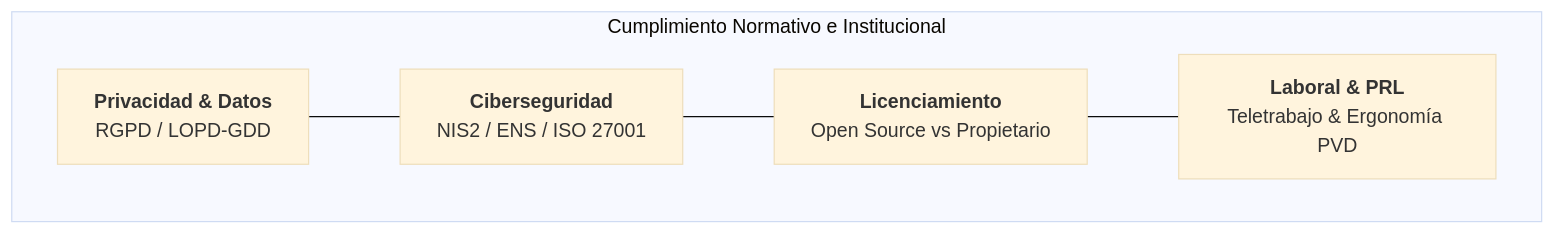
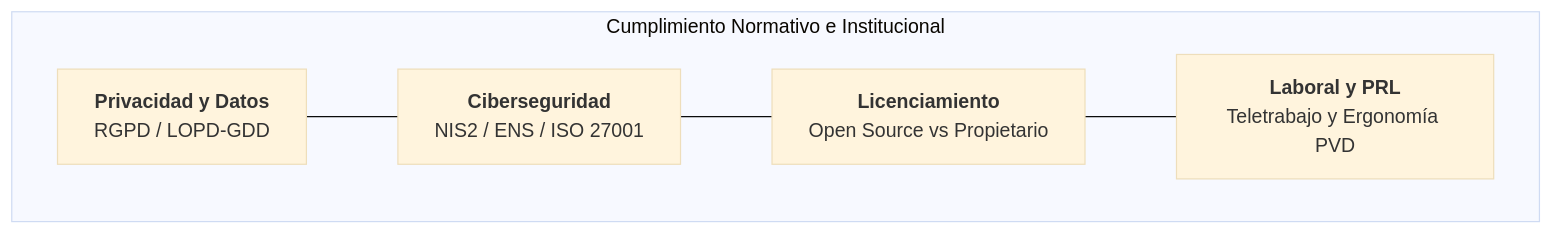
The ninth of 13 diagrams in RA1.md (fencgut961/PI_26_27), drawn with Mermaid (base theme) before and after one commit. The commit also changed other lines of this file, not shown here.

````diff
--- a/RA1.md
+++ b/RA1.md
@@ -310,9 +311,9 @@
 ```mermaid
 flowchart LR
-    subgraph Marco_Legal [Cumplimiento Normativo e Institucional]
+    subgraph Marco_Legal ["Cumplimiento Normativo e Institucional"]
         direction LR
-        PRIV[<b>Privacidad & Datos</b><br/>RGPD / LOPD-GDD] --- SEC[<b>Ciberseguridad</b><br/>NIS2 / ENS / ISO 27001]
-        SEC --- LIC[<b>Licenciamiento</b><br/>Open Source vs Propietario]
-        LIC --- LAB[<b>Laboral & PRL</b><br/>Teletrabajo & Ergonomía PVD]
+        PRIV["<b>Privacidad y Datos</b><br/>RGPD / LOPD-GDD"] --- SEC["<b>Ciberseguridad</b><br/>NIS2 / ENS / ISO 27001"]
+        SEC --- LIC["<b>Licenciamiento</b><br/>Open Source vs Propietario"]
+        LIC --- LAB["<b>Laboral y PRL</b><br/>Teletrabajo y Ergonomía PVD"]
     end
 ```
````
